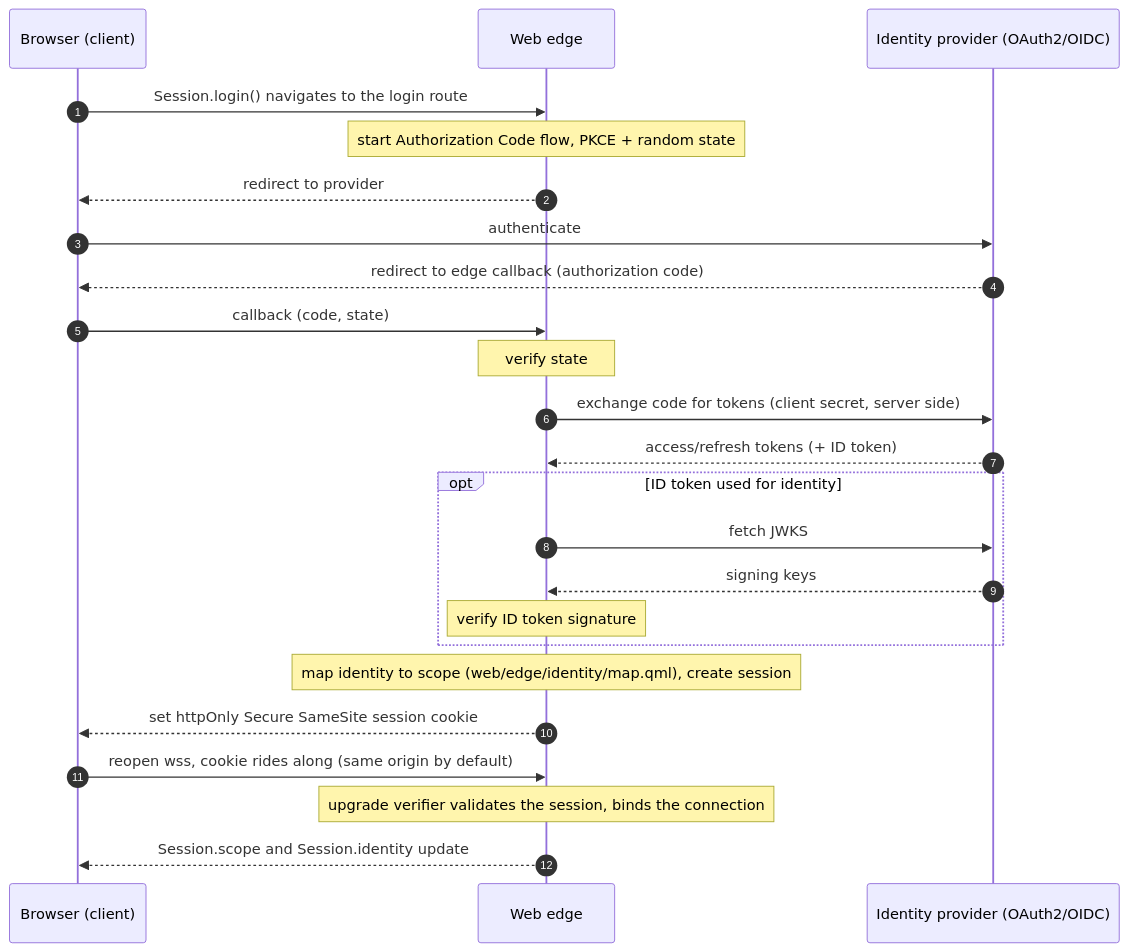
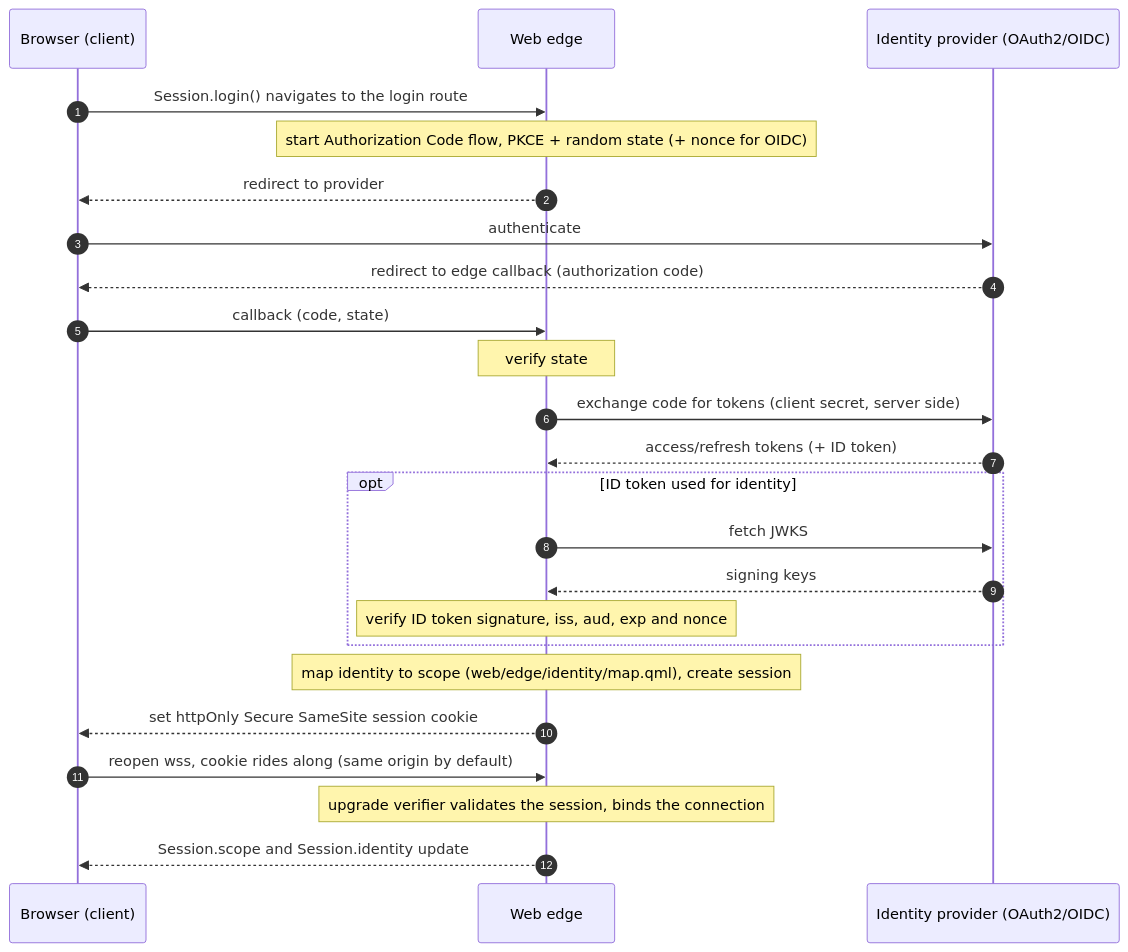
Before and after one commit to Kidev/SynQt: the diagram in docs/authentication.md, drawn with Mermaid. The commit also changed other lines of this file and 3 other files, not shown here.

````diff
--- a/docs/authentication.md
+++ b/docs/authentication.md
@@ -162,26 +171,26 @@
 ```mermaid
 sequenceDiagram
     autonumber
     participant B as Browser (client)
     participant E as Web edge
     participant P as Identity provider (OAuth2/OIDC)
     B->>E: Session.login() navigates to the login route
-    Note over E: start Authorization Code flow, PKCE + random state
+    Note over E: start Authorization Code flow, PKCE + random state (+ nonce for OIDC)
     E-->>B: redirect to provider
     B->>P: authenticate
     P-->>B: redirect to edge callback (authorization code)
     B->>E: callback (code, state)
     Note over E: verify state
     E->>P: exchange code for tokens (client secret, server side)
     P-->>E: access/refresh tokens (+ ID token)
     opt ID token used for identity
         E->>P: fetch JWKS
         P-->>E: signing keys
-        Note over E: verify ID token signature
+        Note over E: verify ID token signature, iss, aud, exp and nonce
     end
     Note over E: map identity to scope (web/edge/identity/map.qml), create session
     E-->>B: set httpOnly Secure SameSite session cookie
     B->>E: reopen wss, cookie rides along (same origin by default)
     Note over E: upgrade verifier validates the session, binds the connection
     E-->>B: Session.scope and Session.identity update
 ```
````
